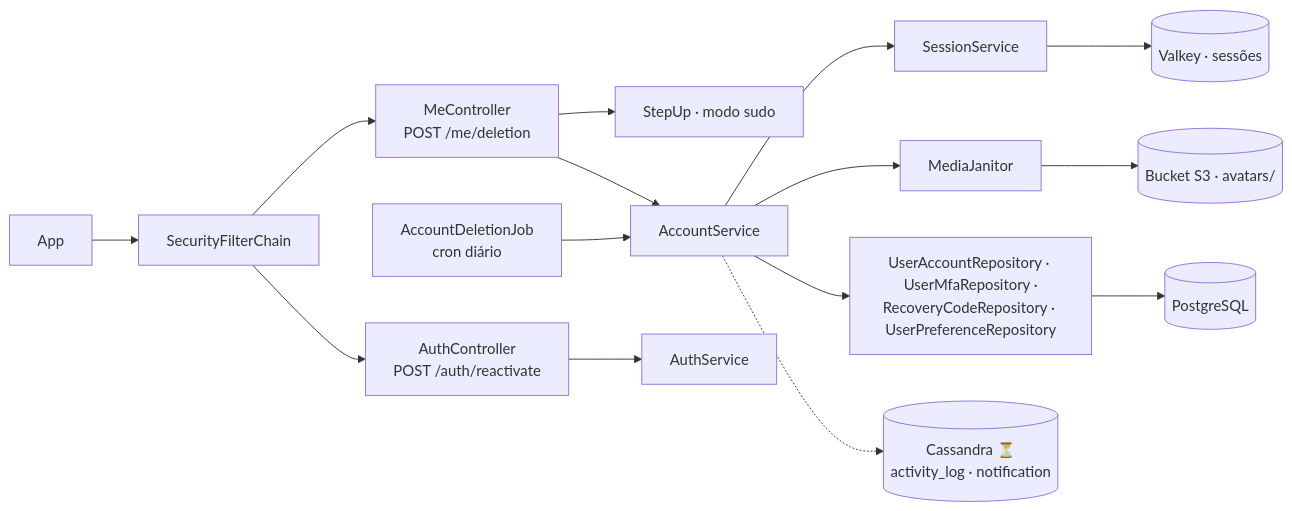
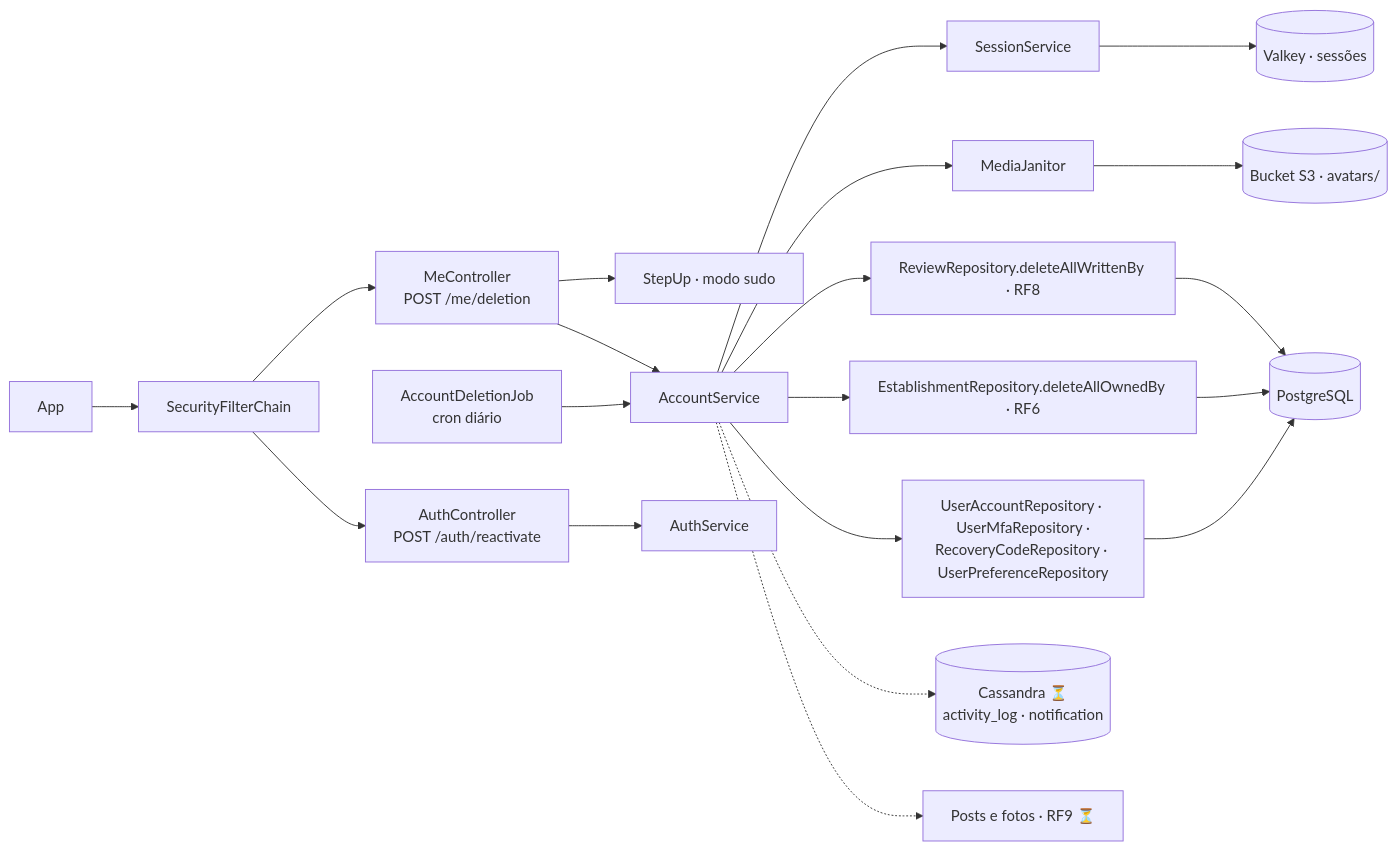
Before and after one commit to MatheusHaliski/Friendly-Eats: the diagram in docs/RF5/componentes.md, drawn with Mermaid. The commit also changed 79 other files, not shown here.

````diff
--- a/docs/RF5/componentes.md
+++ b/docs/RF5/componentes.md
@@ -3,17 +3,21 @@
 ```mermaid
 flowchart LR
     APP["App"] --> SEC["SecurityFilterChain"]
     SEC --> MC["MeController<br/>POST /me/deletion"]
     SEC --> AC["AuthController<br/>POST /auth/reactivate"]
     MC --> SU["StepUp · modo sudo"]
     MC --> AS["AccountService"]
     AC --> AU["AuthService"]
     JOB["AccountDeletionJob<br/>cron diário"] --> AS
     AS --> SS["SessionService"]
     AS --> MJ["MediaJanitor"]
     AS --> REPO["UserAccountRepository · UserMfaRepository ·<br/>RecoveryCodeRepository · UserPreferenceRepository"]
+    AS --> RR["ReviewRepository.deleteAllWrittenBy · RF8"]
+    AS --> ER["EstablishmentRepository.deleteAllOwnedBy · RF6"]
+    RR & ER --> PG
     REPO --> PG[("PostgreSQL")]
     SS --> VK[("Valkey · sessões")]
     MJ --> S3[("Bucket S3 · avatars/")]
     AS -.-> CS[("Cassandra ⏳<br/>activity_log · notification")]
+    AS -.-> POSTS["Posts e fotos · RF9 ⏳"]
 ```
````
